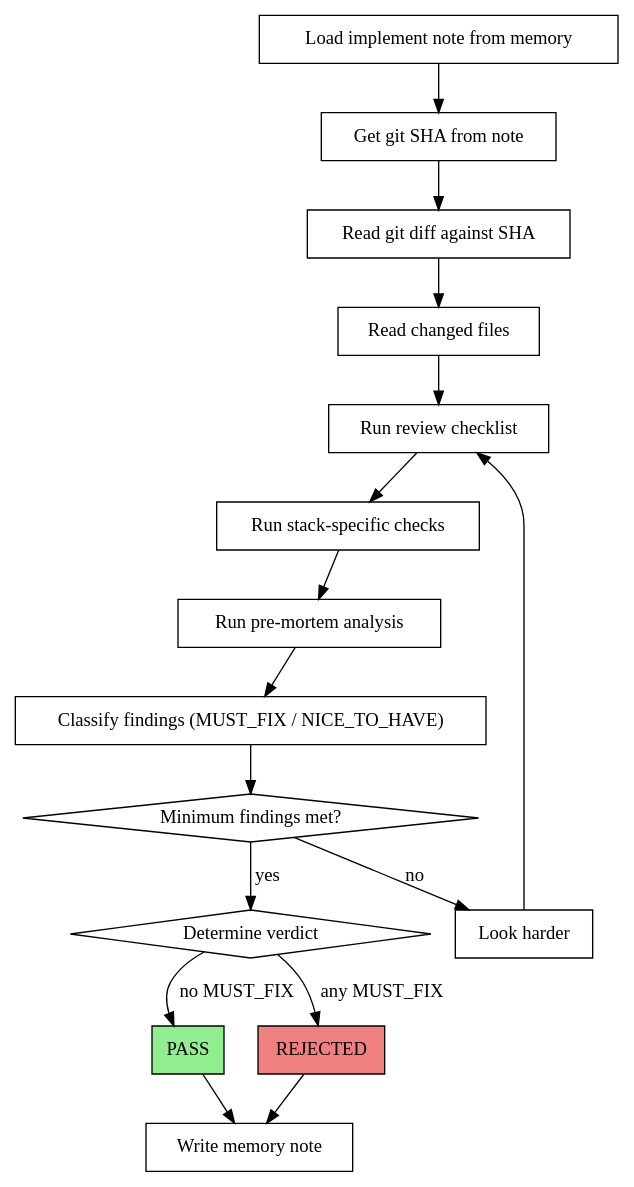
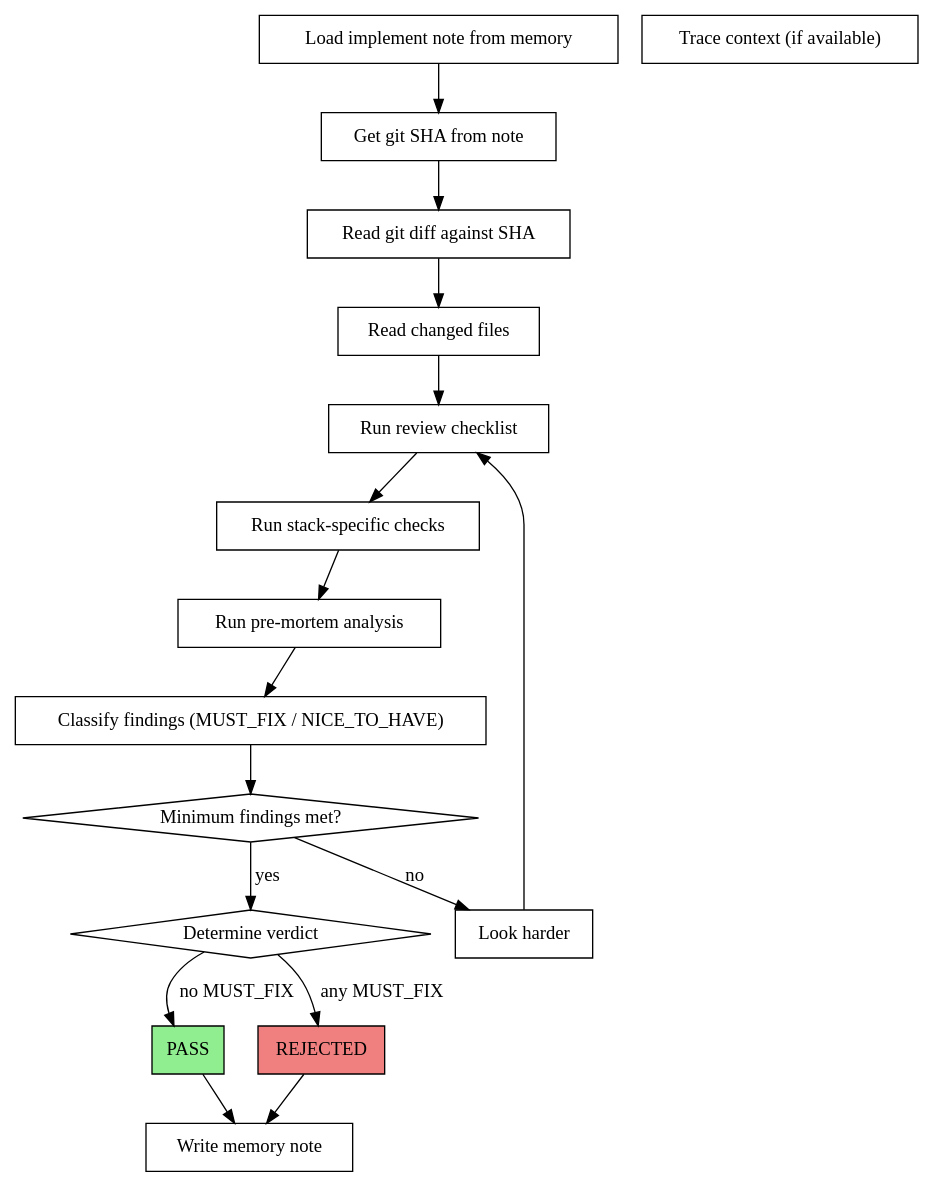
One commit to ceaksan/forge changed the diagram in skills/critique.md. Above: the diagram before and after it, drawn with Graphviz. The commit also changed other lines of this file and 1 other file, not shown here.

Commit message:
feat: Introduce `dnomia-knowledge` configuration and integrate trace-informed review into the critique skill.

````diff
--- a/skills/critique.md
+++ b/skills/critique.md
@@ -32,34 +33,35 @@
 ```dot
 digraph critique_flow {
     "Load implement note from memory" [shape=box];
+    "Trace context (if available)" [shape=box];
     "Get git SHA from note" [shape=box];
     "Read git diff against SHA" [shape=box];
     "Read changed files" [shape=box];
     "Run review checklist" [shape=box];
     "Run stack-specific checks" [shape=box];
     "Run pre-mortem analysis" [shape=box];
     "Classify findings (MUST_FIX / NICE_TO_HAVE)" [shape=box];
     "Minimum findings met?" [shape=diamond];
     "Look harder" [shape=box];
     "Determine verdict" [shape=diamond];
     "PASS" [shape=box style=filled fillcolor=lightgreen];
     "REJECTED" [shape=box style=filled fillcolor=lightcoral];
     "Write memory note" [shape=box];
 
     "Load implement note from memory" -> "Get git SHA from note";
     "Get git SHA from note" -> "Read git diff against SHA";
     "Read git diff against SHA" -> "Read changed files";
     "Read changed files" -> "Run review checklist";
     "Run review checklist" -> "Run stack-specific checks";
     "Run stack-specific checks" -> "Run pre-mortem analysis";
     "Run pre-mortem analysis" -> "Classify findings (MUST_FIX / NICE_TO_HAVE)";
     "Classify findings (MUST_FIX / NICE_TO_HAVE)" -> "Minimum findings met?";
     "Minimum findings met?" -> "Look harder" [label="no"];
     "Look harder" -> "Run review checklist";
     "Minimum findings met?" -> "Determine verdict" [label="yes"];
     "Determine verdict" -> "PASS" [label="no MUST_FIX"];
     "Determine verdict" -> "REJECTED" [label="any MUST_FIX"];
     "PASS" -> "Write memory note";
     "REJECTED" -> "Write memory note";
 }
 ```
````
